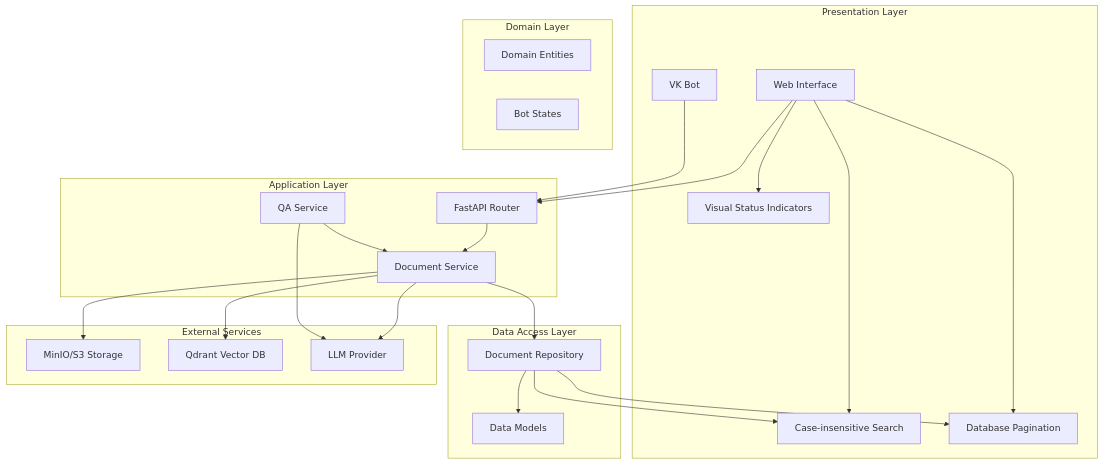
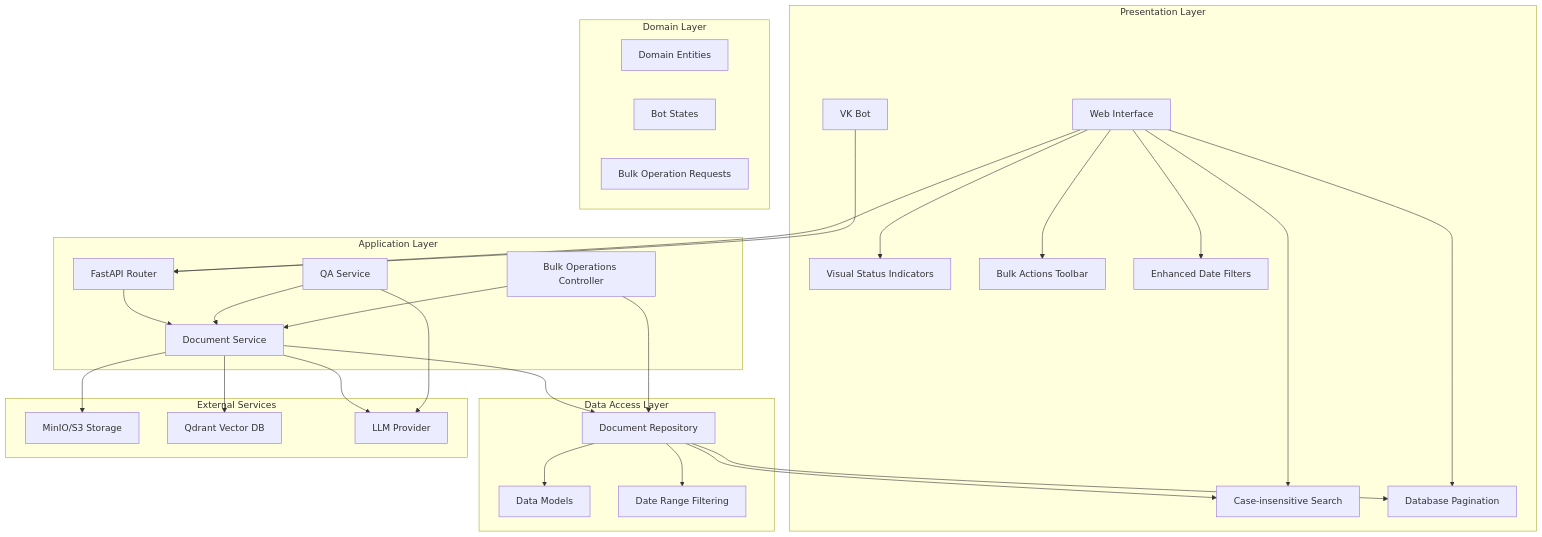
One commit to ognelis/cafetera_hr_bot changed the first of 17 diagrams in .qoder/repowiki/en/content/Document Management System.md. Above: the diagram before and after it, drawn with Mermaid. The commit also changed other lines of this file and 11 other files, not shown here.

````diff
--- a/.qoder/repowiki/en/content/Document Management System.md
+++ b/.qoder/repowiki/en/content/Document Management System.md
@@ -79,45 +81,55 @@
 ```mermaid
 graph TB
 subgraph "Presentation Layer"
 WebUI[Web Interface]
 VKBot[VK Bot]
 Search[Real-time Search]
 Pagination[Dynamic Pagination]
 Status[Visual Status Indicators]
+BulkToolbar[Bulk Actions Toolbar]
+DateFilter[Enhanced Date Filters]
 end
 subgraph "Application Layer"
 API[FastAPI Router]
 Service[Document Service]
 QAService[QA Service]
+BulkOps[Bulk Operations Controller]
 end
 subgraph "Domain Layer"
 Entities[Domain Entities]
 States[Bot States]
+BulkRequests[Bulk Operation Requests]
 end
 subgraph "Data Access Layer"
 Repo[Document Repository]
 Models[Data Models]
 Search[Case-insensitive Search]
 Pagination[Database Pagination]
+DateRange[Date Range Filtering]
 end
 subgraph "External Services"
 S3[MinIO/S3 Storage]
 Qdrant[Qdrant Vector DB]
 LLM[LLM Provider]
 end
 WebUI --> API
 WebUI --> Search
 WebUI --> Pagination
 WebUI --> Status
+WebUI --> BulkToolbar
+WebUI --> DateFilter
 VKBot --> API
 API --> Service
 Service --> Repo
 Service --> Qdrant
 Service --> S3
 Repo --> Models
 Repo --> Search
 Repo --> Pagination
+Repo --> DateRange
 Service --> LLM
 QAService --> Service
 QAService --> LLM
+BulkOps --> Service
+BulkOps --> Repo
 ```
````
